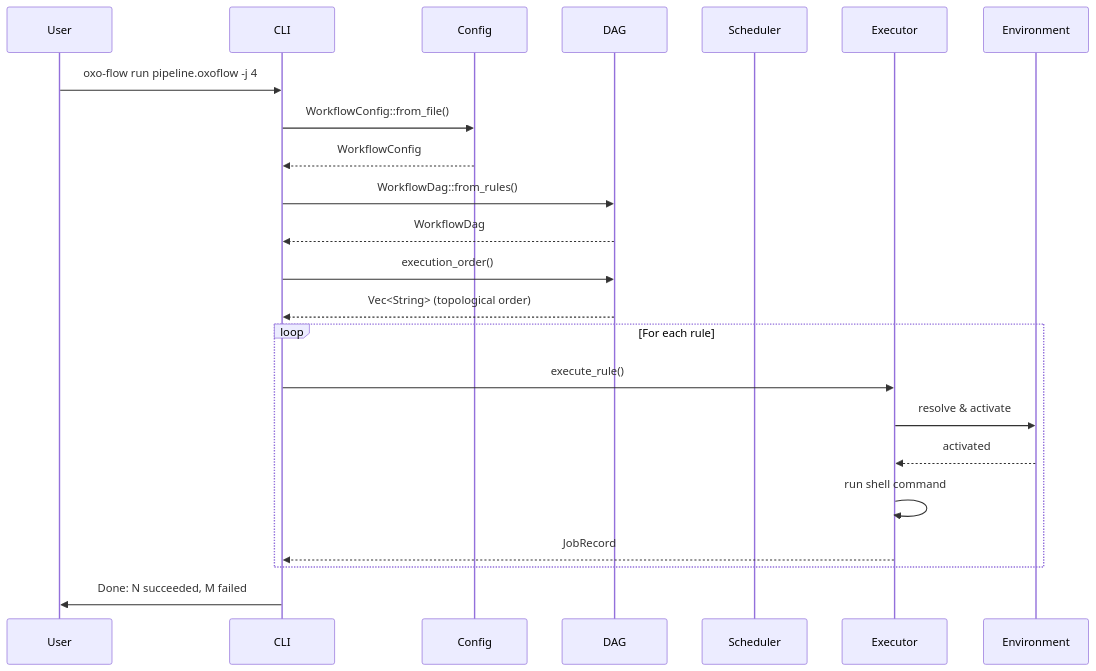
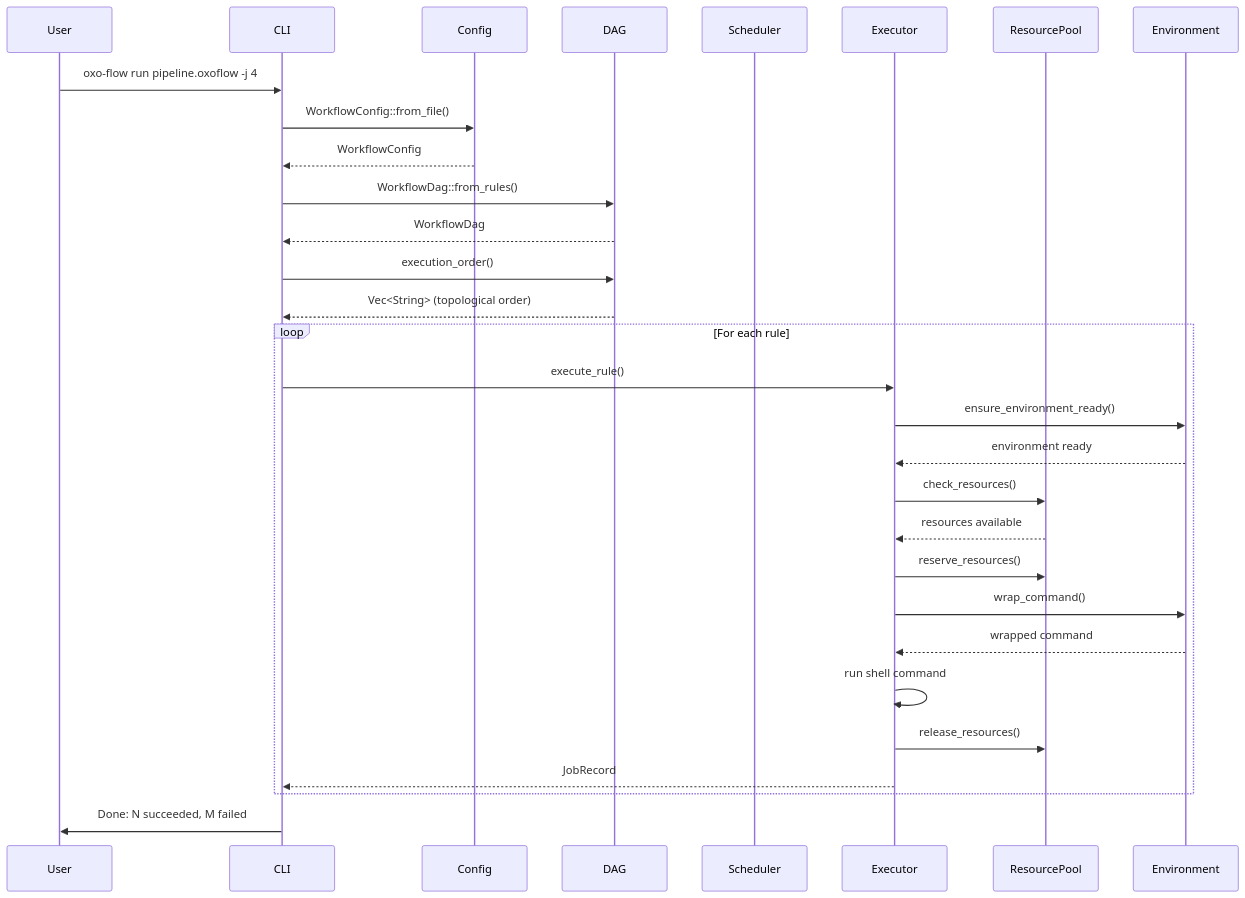
The second of 2 diagrams in docs/guide/src/reference/architecture.md (Traitome/oxo-flow), drawn with Mermaid before and after one commit. The commit also changed other lines of this file and 22 other files, not shown here.

````diff
--- a/docs/guide/src/reference/architecture.md
+++ b/docs/guide/src/reference/architecture.md
@@ -65,26 +65,33 @@
 ```mermaid
 sequenceDiagram
     participant User
     participant CLI
     participant Config
     participant DAG
     participant Scheduler
     participant Executor
+    participant ResourcePool
     participant Environment
 
     User->>CLI: oxo-flow run pipeline.oxoflow -j 4
     CLI->>Config: WorkflowConfig::from_file()
     Config-->>CLI: WorkflowConfig
     CLI->>DAG: WorkflowDag::from_rules()
     DAG-->>CLI: WorkflowDag
     CLI->>DAG: execution_order()
     DAG-->>CLI: Vec<String> (topological order)
     loop For each rule
         CLI->>Executor: execute_rule()
-        Executor->>Environment: resolve & activate
-        Environment-->>Executor: activated
+        Executor->>Environment: ensure_environment_ready()
+        Environment-->>Executor: environment ready
+        Executor->>ResourcePool: check_resources()
+        ResourcePool-->>Executor: resources available
+        Executor->>ResourcePool: reserve_resources()
+        Executor->>Environment: wrap_command()
+        Environment-->>Executor: wrapped command
         Executor->>Executor: run shell command
+        Executor->>ResourcePool: release_resources()
         Executor-->>CLI: JobRecord
     end
     CLI->>User: Done: N succeeded, M failed
 ```
````
